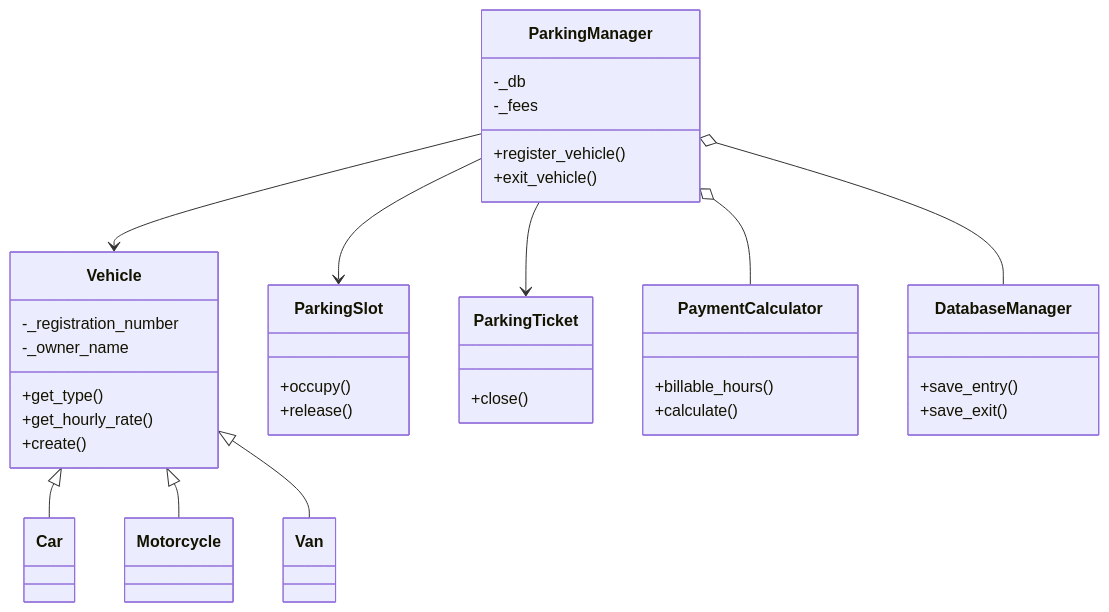
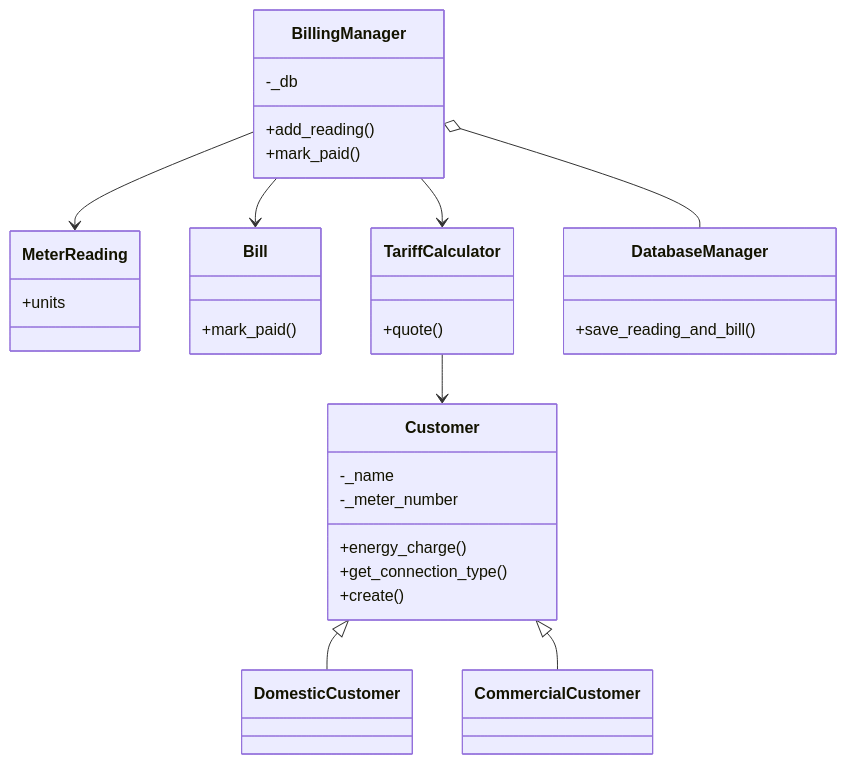
Before and after one commit to muneebrafi1/campuspark-smart-parking-system: the diagram in docs/PROJECT_REPORT.md, drawn with Mermaid. The commit also changed other lines of this file and 32 other files, not shown here.

````diff
--- a/docs/PROJECT_REPORT.md
+++ b/docs/PROJECT_REPORT.md
@@ -43,42 +42,36 @@
 ```mermaid
 classDiagram
-    class Vehicle {
-        -_registration_number
-        -_owner_name
-        +get_type()
-        +get_hourly_rate()
+    class Customer {
+        -_name
+        -_meter_number
+        +energy_charge()
+        +get_connection_type()
         +create()
     }
-    class Car
-    class Motorcycle
-    class Van
-    Vehicle <|-- Car
-    Vehicle <|-- Motorcycle
-    Vehicle <|-- Van
-    class ParkingSlot {
-        +occupy()
-        +release()
+    class DomesticCustomer
+    class CommercialCustomer
+    Customer <|-- DomesticCustomer
+    Customer <|-- CommercialCustomer
+    class MeterReading {
+        +units
     }
-    class ParkingTicket {
-        +close()
+    class Bill {
+        +mark_paid()
     }
-    class PaymentCalculator {
-        +billable_hours()
-        +calculate()
+    class TariffCalculator {
+        +quote()
     }
     class DatabaseManager {
-        +save_entry()
-        +save_exit()
+        +save_reading_and_bill()
     }
-    class ParkingManager {
+    class BillingManager {
         -_db
-        -_fees
-        +register_vehicle()
-        +exit_vehicle()
+        +add_reading()
+        +mark_paid()
     }
-    ParkingManager o-- DatabaseManager
-    ParkingManager o-- PaymentCalculator
-    ParkingManager --> Vehicle
-    ParkingManager --> ParkingSlot
-    ParkingManager --> ParkingTicket
+    BillingManager o-- DatabaseManager
+    BillingManager --> TariffCalculator
+    TariffCalculator --> Customer
+    BillingManager --> MeterReading
+    BillingManager --> Bill
 ```
````
